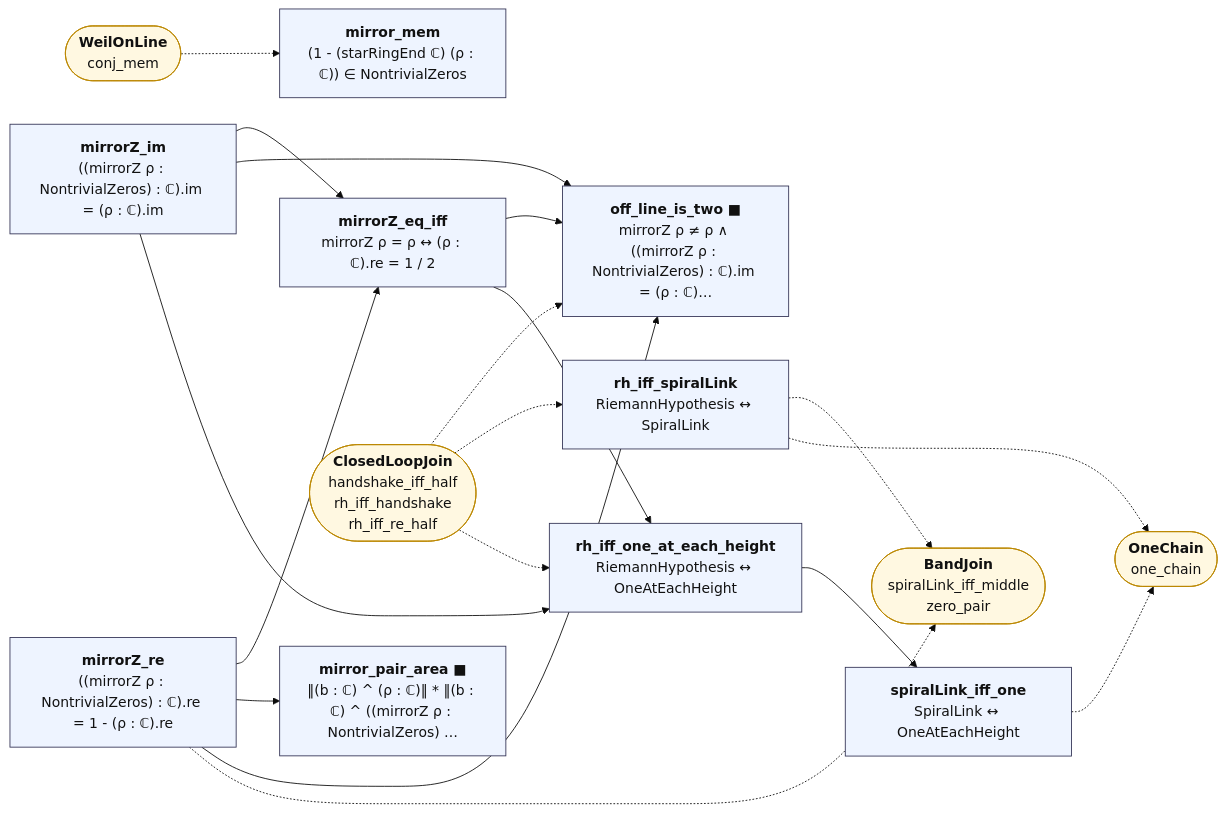
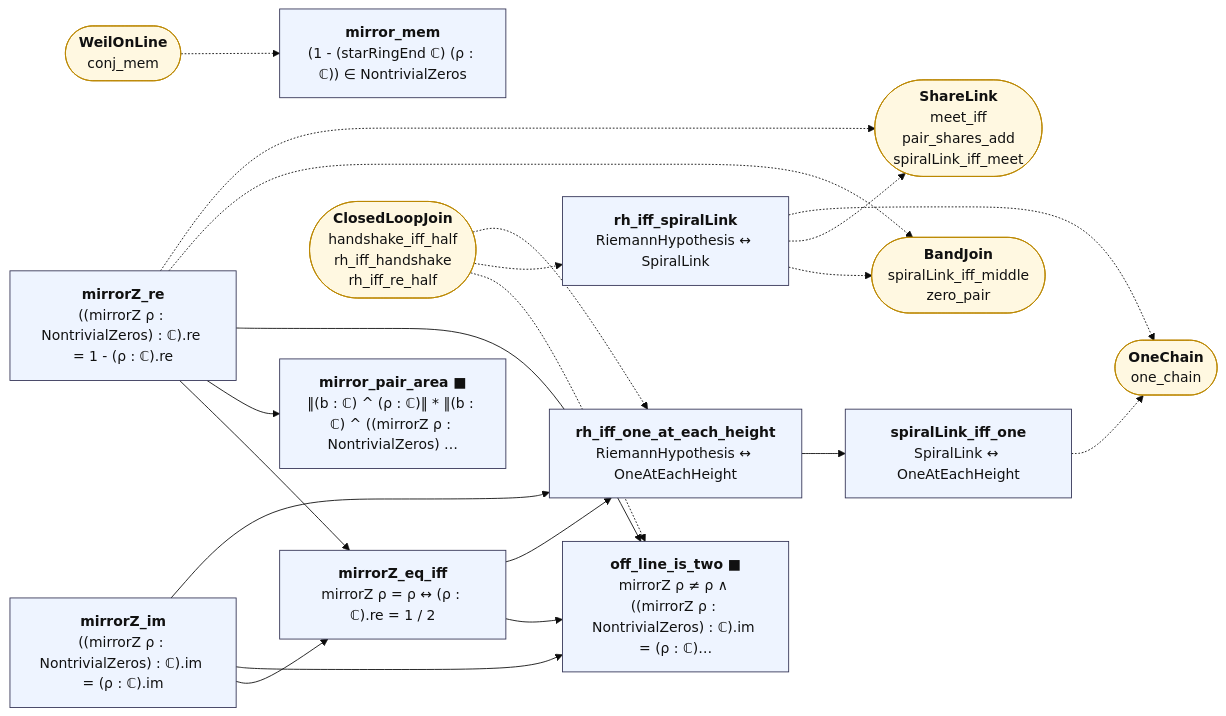
The diagram in map/lean_stage3/SpiralLink.mmd (juliansambranojr/Primebeat_081426), drawn with Mermaid (base theme) before and after one commit. The commit also changed 26 other files, not shown here.

```diff
--- a/map/lean_stage3/SpiralLink.mmd
+++ b/map/lean_stage3/SpiralLink.mmd
@@ -1,39 +1,42 @@
 flowchart LR
   n0["<b>mirror_mem</b><br/>(1 - (starRingEnd ℂ) (ρ : ℂ)) ∈ NontrivialZeros"]:::thm
   n1["<b>mirrorZ_im</b><br/>((mirrorZ ρ : NontrivialZeros) : ℂ).im = (ρ : ℂ).im"]:::thm
   n2["<b>mirrorZ_re</b><br/>((mirrorZ ρ : NontrivialZeros) : ℂ).re = 1 - (ρ : ℂ).re"]:::thm
   n3["<b>mirrorZ_eq_iff</b><br/>mirrorZ ρ = ρ ↔ (ρ : ℂ).re = 1 / 2"]:::thm
   n4["<b>mirror_pair_area ■</b><br/>‖(b : ℂ) ^ (ρ : ℂ)‖ * ‖(b : ℂ) ^ ((mirrorZ ρ : NontrivialZeros) …"]:::thm
   n5["<b>off_line_is_two ■</b><br/>mirrorZ ρ ≠ ρ ∧ ((mirrorZ ρ : NontrivialZeros) : ℂ).im = (ρ : ℂ)…"]:::thm
   n6["<b>rh_iff_spiralLink</b><br/>RiemannHypothesis ↔ SpiralLink"]:::thm
   n7["<b>rh_iff_one_at_each_height</b><br/>RiemannHypothesis ↔ OneAtEachHeight"]:::thm
   n8["<b>spiralLink_iff_one</b><br/>SpiralLink ↔ OneAtEachHeight"]:::thm
   x0(["<b>WeilOnLine</b><br/>conj_mem"]):::ext
   x1(["<b>BandJoin</b><br/>spiralLink_iff_middle<br/>zero_pair"]):::ext
-  x2(["<b>ClosedLoopJoin</b><br/>handshake_iff_half<br/>rh_iff_handshake<br/>rh_iff_re_half"]):::ext
-  x3(["<b>OneChain</b><br/>one_chain"]):::ext
+  x2(["<b>ShareLink</b><br/>meet_iff<br/>pair_shares_add<br/>spiralLink_iff_meet"]):::ext
+  x3(["<b>ClosedLoopJoin</b><br/>handshake_iff_half<br/>rh_iff_handshake<br/>rh_iff_re_half"]):::ext
+  x4(["<b>OneChain</b><br/>one_chain"]):::ext
   n1 --> n3
   n1 --> n5
   n1 --> n7
   n2 --> n3
   n2 --> n4
   n2 --> n5
   n3 --> n5
   n3 --> n7
   n7 --> n8
   n2 -.-> x1
+  n2 -.-> x2
   n6 -.-> x1
-  n6 -.-> x3
-  n8 -.-> x3
+  n6 -.-> x2
+  n6 -.-> x4
+  n8 -.-> x4
   x0 -.-> n0
-  x2 -.-> n5
-  x2 -.-> n6
-  x2 -.-> n7
+  x3 -.-> n5
+  x3 -.-> n6
+  x3 -.-> n7
   classDef cnt fill:#dff5ec,stroke:#17694a,color:#111
   classDef shp fill:#f1ecfb,stroke:#5b3fa0,color:#111
   classDef rh fill:#ffe5e5,stroke:#c22,color:#111,stroke-width:2px
   classDef thm fill:#eef4ff,stroke:#335,color:#111
   classDef end_ fill:#e7f7e7,stroke:#2a7,color:#111,stroke-width:2px
   classDef lone fill:#fff,stroke:#999,color:#111,stroke-dasharray:4 3
   classDef bad fill:#ffe5e5,stroke:#c22,color:#111,stroke-width:2px
   classDef ext fill:#fff8e1,stroke:#b80,color:#111
```
